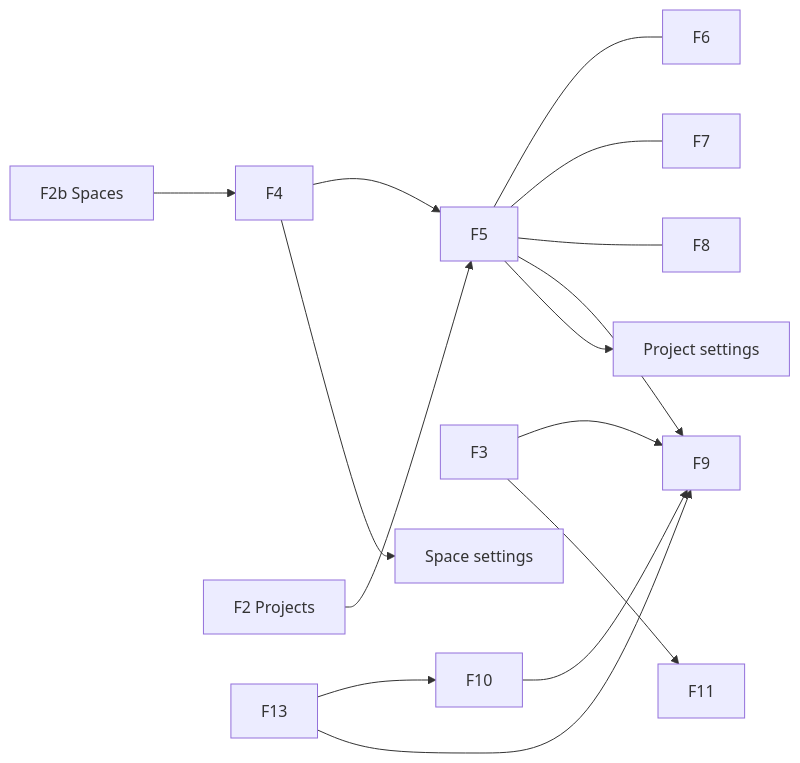
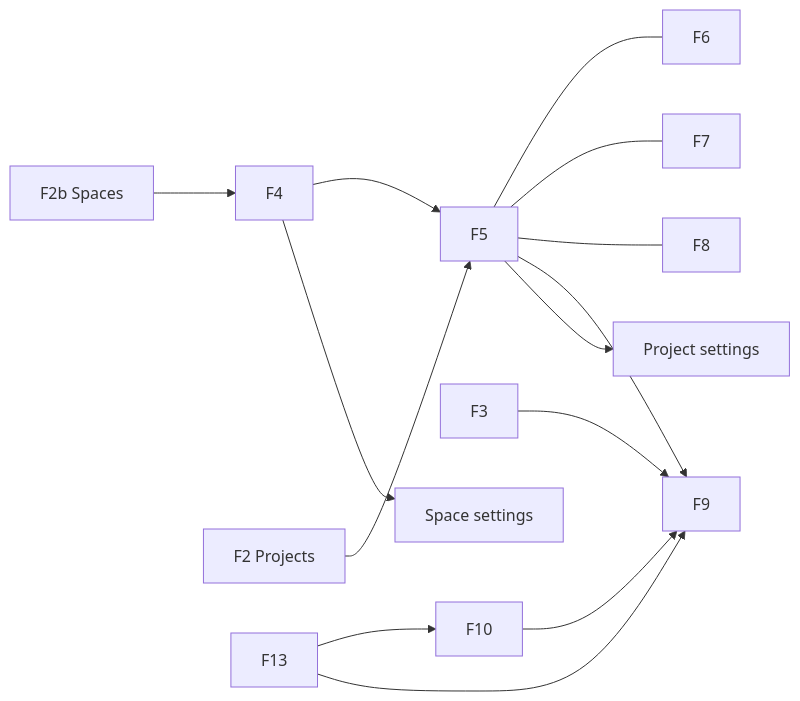
One commit to yoosungung/sw-factory changed the diagram in frontend/ia/pages.md. Above: the diagram before and after it, drawn with Mermaid. The commit also changed other lines of this file and 23 other files, not shown here.

````diff
--- a/frontend/ia/pages.md
+++ b/frontend/ia/pages.md
@@ -177,16 +168,15 @@
 ```mermaid
 flowchart LR
   F2b[F2b Spaces] --> F4 --> F5
   F2[F2 Projects] --> F5
   F5 --- F6
   F5 --- F7
   F5 --- F8
   F5 --> F9
   F3 --> F9
   F13 --> F10
   F10 --> F9
-  F3 --> F11
   F13 --> F9
   F4 --> AdminS[Space settings]
   F5 --> AdminP[Project settings]
 ```
````
